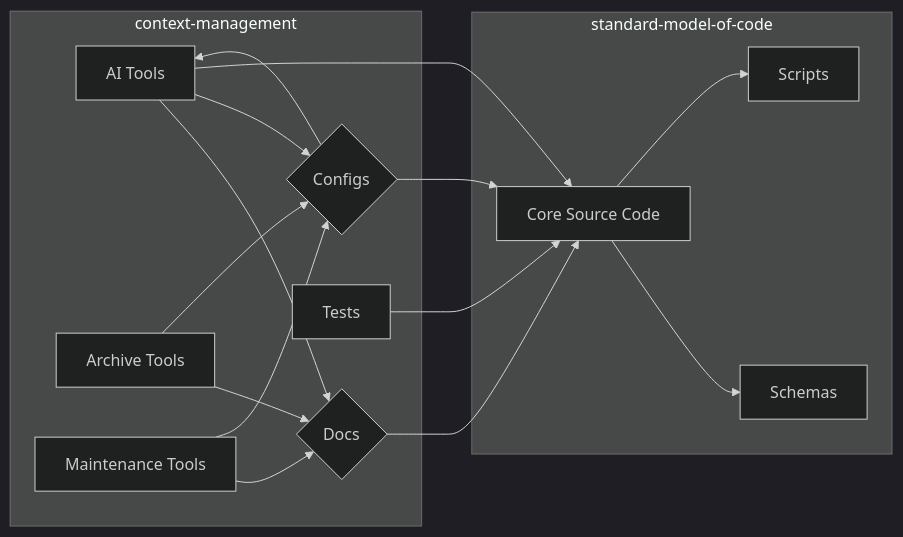
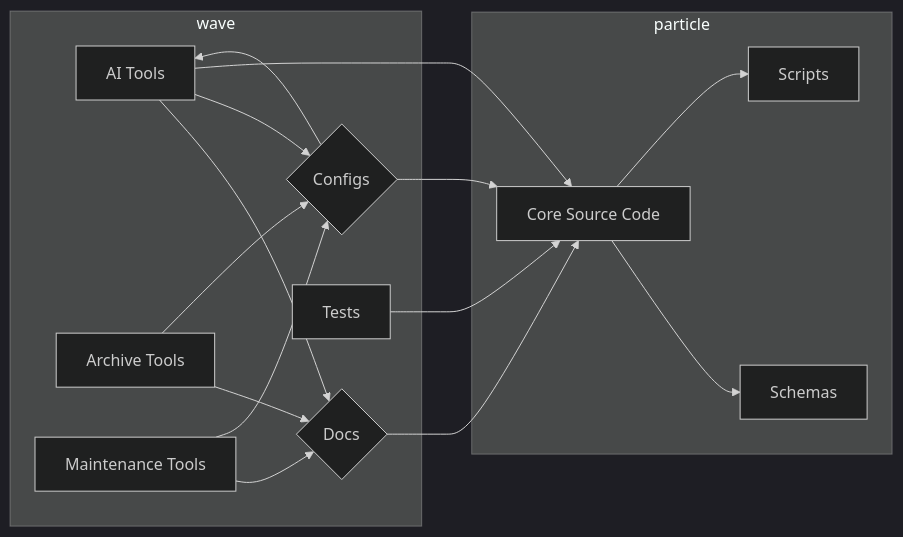
Before and after one commit to leolech14/standard-model-of-code: the diagram in research/gemini/20260123_151443_you_have_the_entire_codebase_and_docs__using_the_c.md, drawn with Mermaid (dark theme). The commit also changed other lines of this file and 5441 other files, not shown here.

````diff
--- a/research/gemini/20260123_151443_you_have_the_entire_codebase_and_docs__using_the_c.md
+++ b/research/gemini/20260123_151443_you_have_the_entire_codebase_and_docs__using_the_c.md
@@ -190,31 +190,31 @@
 ```mermaid
 graph LR
-    subgraph context-management
+    subgraph wave
         A[AI Tools]
         B[Archive Tools]
         C[Maintenance Tools]
         D[Documentation]
         E[Configs]
         F[Tests]
     end
 
-    subgraph standard-model-of-code
+    subgraph particle
         G[Core Source Code]
         H[Schemas]
         I[Scripts]
     end
 
     A --> D{Docs}
     B --> D
     C --> D
     A --> E{Configs}
     B --> E
     C --> E
     A --> G
     G --> H
     G --> I
     D --> G
     E --> A
     E --> G
     F --> G
 ```
````
